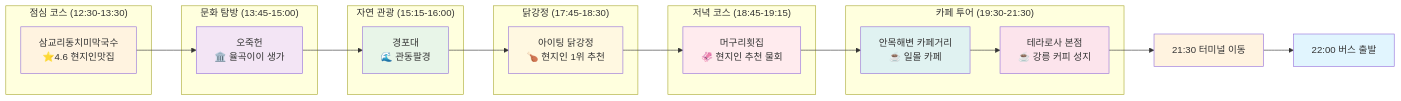
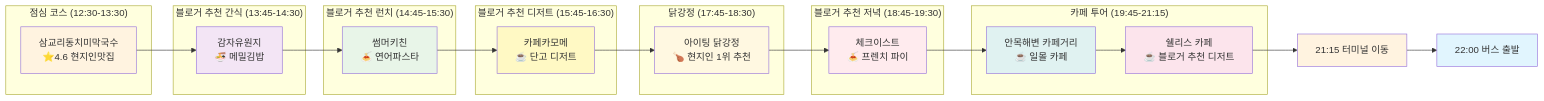
The second of 6 diagrams in travel-course-mermaid.md (didghwns0514/matjib_search), drawn with Mermaid before and after one commit. The commit also changed other lines of this file and 3 other files, not shown here.

````diff
--- a/travel-course-mermaid.md
+++ b/travel-course-mermaid.md
@@ -30,44 +32,50 @@
 ```mermaid
 graph LR
     subgraph "점심 코스 (12:30-13:30)"
         L1[삼교리동치미막국수<br/>⭐4.6 현지인맛집]
     end
     
-    subgraph "문화 탐방 (13:45-15:00)"
-        C1[오죽헌<br/>🏛️ 율곡이이 생가]
+    subgraph "블로거 추천 간식 (13:45-14:30)"
+        C1[감자유원지<br/>🍜 메밀김밥]
     end
     
-    subgraph "자연 관광 (15:15-16:00)"
-        N1[경포대<br/>🌊 관동팔경]
+    subgraph "블로거 추천 런치 (14:45-15:30)"
+        D1[썸머키친<br/>🍝 연어파스타]
+    end
+    
+    subgraph "블로거 추천 디저트 (15:45-16:30)"
+        E1[카페카모메<br/>☕ 단고 디저트]
     end
     
     subgraph "닭강정 (17:45-18:30)"
-        D1[아이팅 닭강정<br/>🍗 현지인 1위 추천]
+        F1[아이팅 닭강정<br/>🍗 현지인 1위 추천]
     end
     
-    subgraph "저녁 코스 (18:45-19:15)"
-        D2[머구리횟집<br/>🦑 현지인 추천 물회]
+    subgraph "블로거 추천 저녁 (18:45-19:30)"
+        G1[체크이스트<br/>🍝 프렌치 파이]
     end
     
-    subgraph "카페 투어 (19:30-21:30)"
-        CF1[안목해변 카페거리<br/>☕ 일몰 카페] --> CF2[테라로사 본점<br/>☕ 강릉 커피 성지]
+    subgraph "카페 투어 (19:45-21:15)"
+        H1[안목해변 카페거리<br/>☕ 일몰 카페] --> I1[쉘리스 카페<br/>☕ 블로거 추천 디저트]
     end
 
     L1 --> C1
-    C1 --> N1
-    N1 --> D1
-    D1 --> D2
-    D2 --> CF1
-    CF2 --> TERM[21:30 터미널 이동]
+    C1 --> D1
+    D1 --> E1
+    E1 --> F1
+    F1 --> G1
+    G1 --> H1
+    I1 --> TERM[21:15 터미널 이동]
     TERM --> END[22:00 버스 출발]
     
     style L1 fill:#fff3e0
     style C1 fill:#f3e5f5
-    style N1 fill:#e8f5e8
-    style D1 fill:#fff8e1
-    style D2 fill:#ffebee
-    style CF1 fill:#e0f2f1
-    style CF2 fill:#fce4ec
+    style D1 fill:#e8f5e8
+    style E1 fill:#fff9c4
+    style F1 fill:#fff8e1
+    style G1 fill:#ffebee
+    style H1 fill:#e0f2f1
+    style I1 fill:#fce4ec
     style TERM fill:#fff3e0
     style END fill:#e1f5fe
 ```
````
